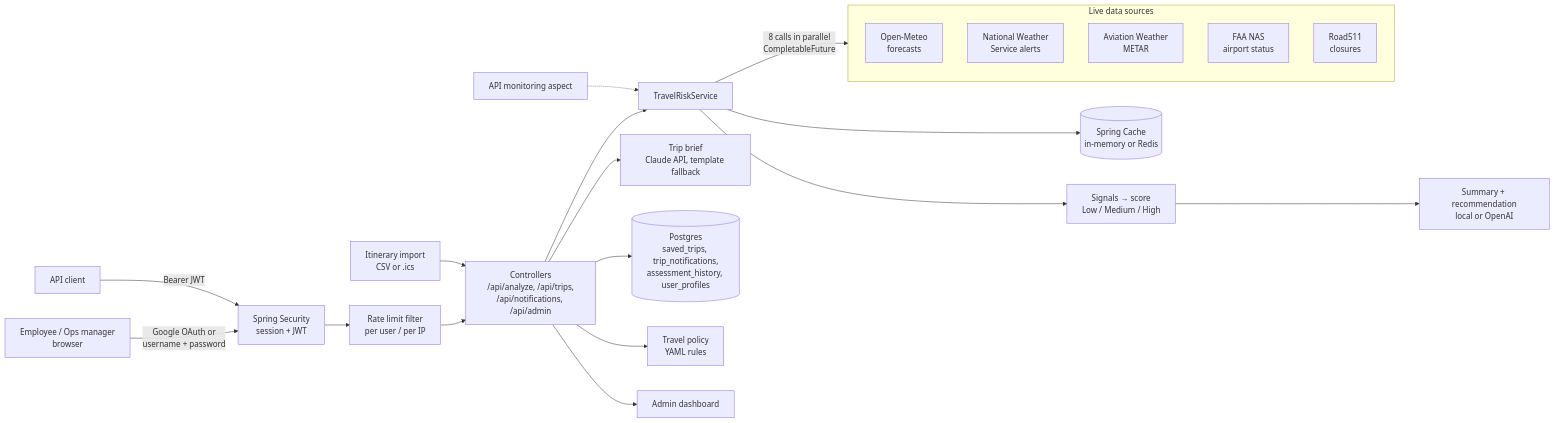
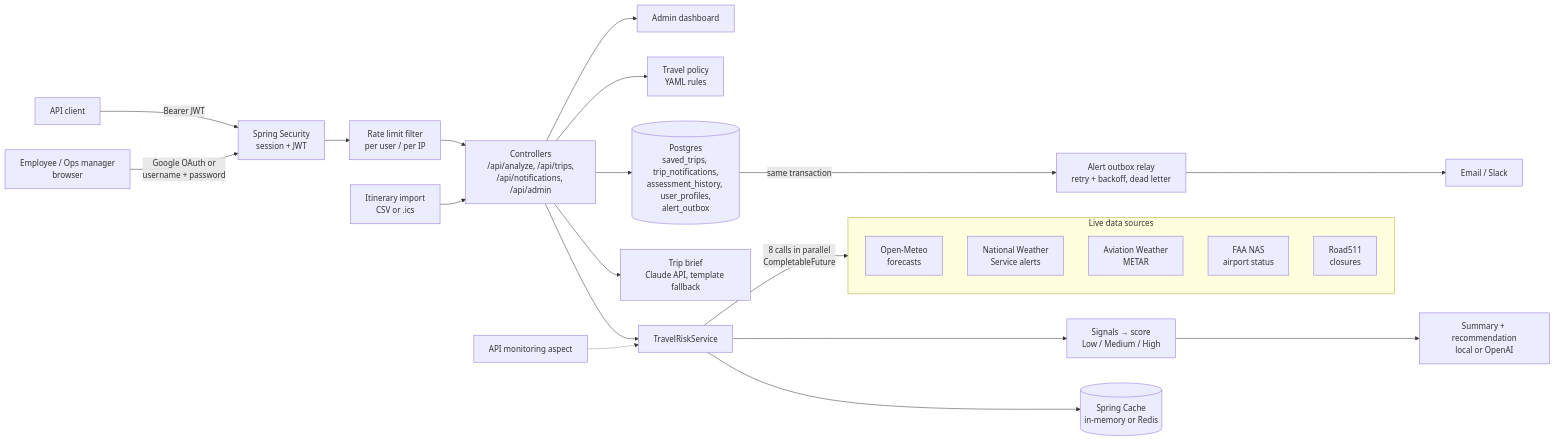
One commit to jordanamao/travel-risk-platform changed the diagram in README.md. Above: the diagram before and after it, drawn with Mermaid. The commit also changed other lines of this file and 11 other files, not shown here.

First line of the commit message:
Add transactional outbox for email and Slack trip alerts

````diff
--- a/README.md
+++ b/README.md
@@ -64,27 +64,29 @@
 ```mermaid
 flowchart LR
     U[Employee / Ops manager<br/>browser] -->|Google OAuth or<br/>username + password| SEC[Spring Security<br/>session + JWT]
     API[API client] -->|Bearer JWT| SEC
     SEC --> RL[Rate limit filter<br/>per user / per IP]
     RL --> C[Controllers<br/>/api/analyze, /api/trips,<br/>/api/notifications, /api/admin]
     C --> TRS[TravelRiskService]
     TRS --> CACHE[(Spring Cache<br/>in-memory or Redis)]
     TRS -->|8 calls in parallel<br/>CompletableFuture| EXT
     subgraph EXT[Live data sources]
         OM[Open-Meteo<br/>forecasts]
         NWS[National Weather<br/>Service alerts]
         AWC[Aviation Weather<br/>METAR]
         FAA[FAA NAS<br/>airport status]
         R511[Road511<br/>closures]
     end
     TRS --> SCORE[Signals → score<br/>Low / Medium / High]
     SCORE --> SUM[Summary + recommendation<br/>local or OpenAI]
 
     C --> BRIEF[Trip brief<br/>Claude API, template fallback]
-    C --> DB[(Postgres<br/>saved_trips, trip_notifications,<br/>assessment_history, user_profiles)]
+    C --> DB[(Postgres<br/>saved_trips, trip_notifications,<br/>assessment_history, user_profiles,<br/>alert_outbox)]
+    DB -->|same transaction| OUT[Alert outbox relay<br/>retry + backoff, dead letter]
+    OUT --> CH[Email / Slack]
 
     MON[API monitoring aspect] -.-> TRS
     IMP[Itinerary import<br/>CSV or .ics] --> C
     C --> POL[Travel policy<br/>YAML rules]
     C --> ADMIN[Admin dashboard]
 ```
````
